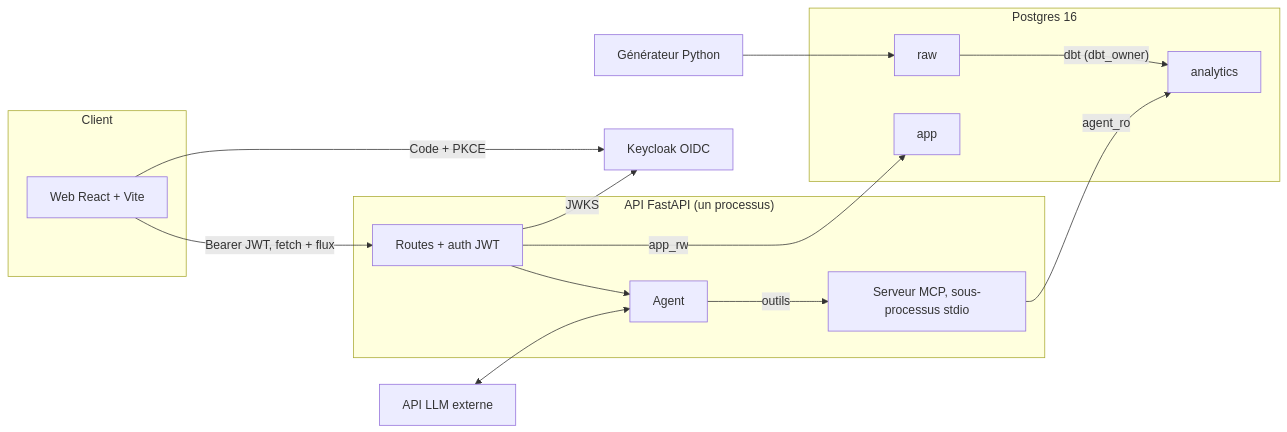
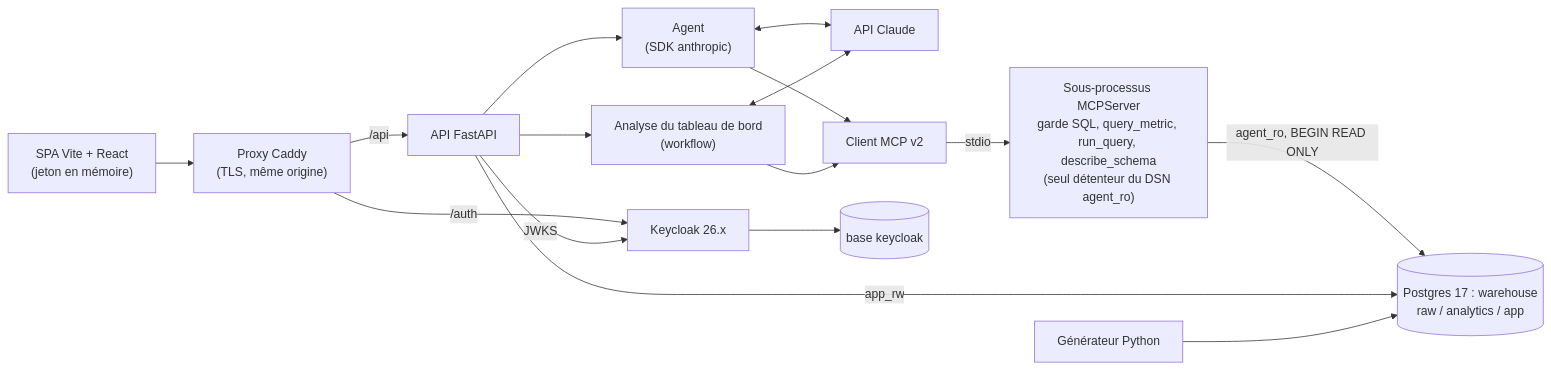
Before and after one commit to justefrank/decision-agent-IA: the first of 2 diagrams in docs/SYSTEM_DESIGN.md, drawn with Mermaid. The commit also changed other lines of this file and 47 other files, not shown here.

First line of the commit message:
docs: passage en v5 (MVP, query_metric, citation par référence, évaluation sur le test seul, intégration Claude) et diagrammes re-rendus

````diff
--- a/docs/SYSTEM_DESIGN.md
+++ b/docs/SYSTEM_DESIGN.md
@@ -9,27 +32,18 @@
 ```mermaid
 flowchart LR
-  subgraph Client
-    UI[Web React + Vite]
-  end
-  KC[Keycloak OIDC]
-  subgraph API["API FastAPI (un processus)"]
-    R[Routes + auth JWT]
-    AG[Agent]
-    MCP[Serveur MCP, sous-processus stdio]
-  end
-  subgraph PG["Postgres 16"]
-    RAW[raw]
-    ANA[analytics]
-    APP[app]
-  end
-  GEN[Générateur Python] --> RAW
-  RAW -- "dbt (dbt_owner)" --> ANA
-  UI -- "Code + PKCE" --> KC
-  UI -- "Bearer JWT, fetch + flux" --> R
-  R -- JWKS --> KC
-  R --> AG
-  AG -- outils --> MCP
-  MCP -- "agent_ro" --> ANA
-  R -- "app_rw" --> APP
-  LLM[API LLM externe] <--> AG
+  SPA["SPA Vite + React<br/>(jeton en mémoire)"] --> PX["Proxy Caddy<br/>(TLS, même origine)"]
+  PX -- "/auth" --> KC["Keycloak 26.x"]
+  PX -- "/api" --> API["API FastAPI"]
+  API --> AG["Agent<br/>(SDK anthropic)"]
+  API --> AN["Analyse du tableau de bord<br/>(workflow)"]
+  AG <--> LLM["API Claude"]
+  AN <--> LLM
+  AG --> MC["Client MCP v2"]
+  AN --> MC
+  MC -- stdio --> MCP["Sous-processus MCPServer<br/>garde SQL, query_metric, run_query, describe_schema<br/>(seul détenteur du DSN agent_ro)"]
+  MCP -- "agent_ro, BEGIN READ ONLY" --> W[("Postgres 17 : warehouse<br/>raw / analytics / app")]
+  API -- "app_rw" --> W
+  API -- JWKS --> KC
+  KC --> K[("base keycloak")]
+  GEN["Générateur Python"] --> W
 ```
````
